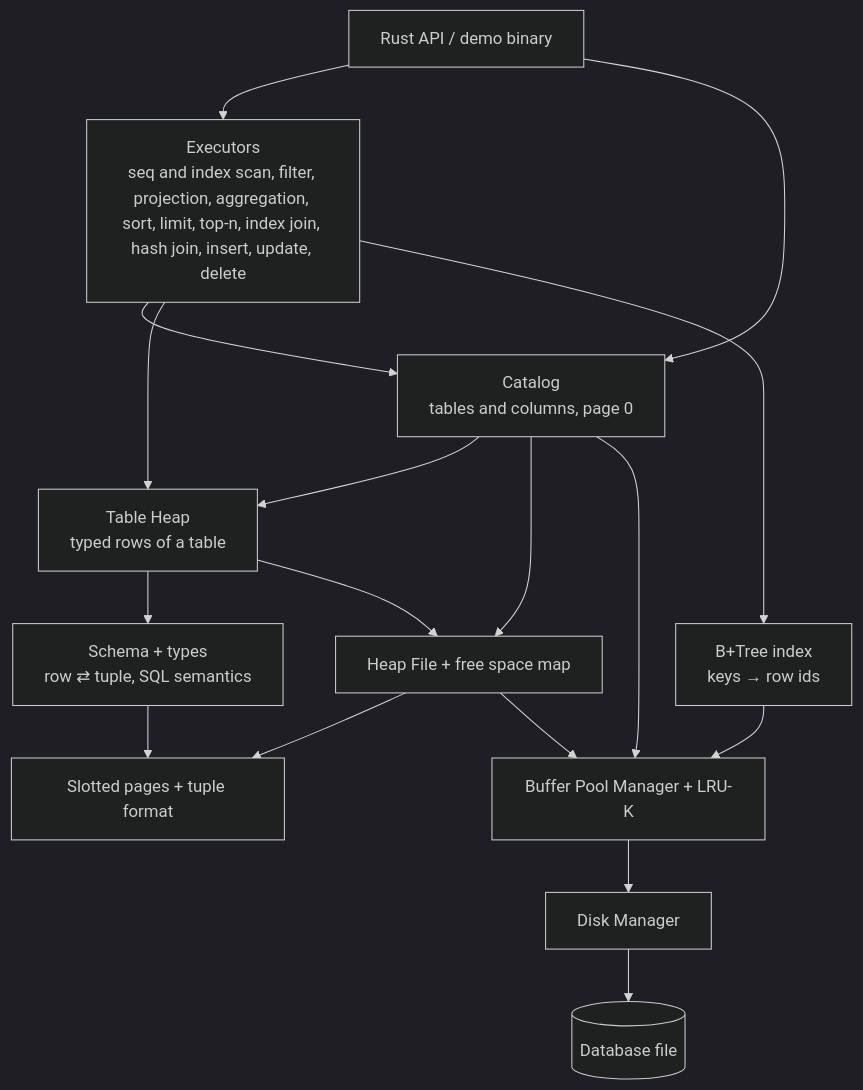
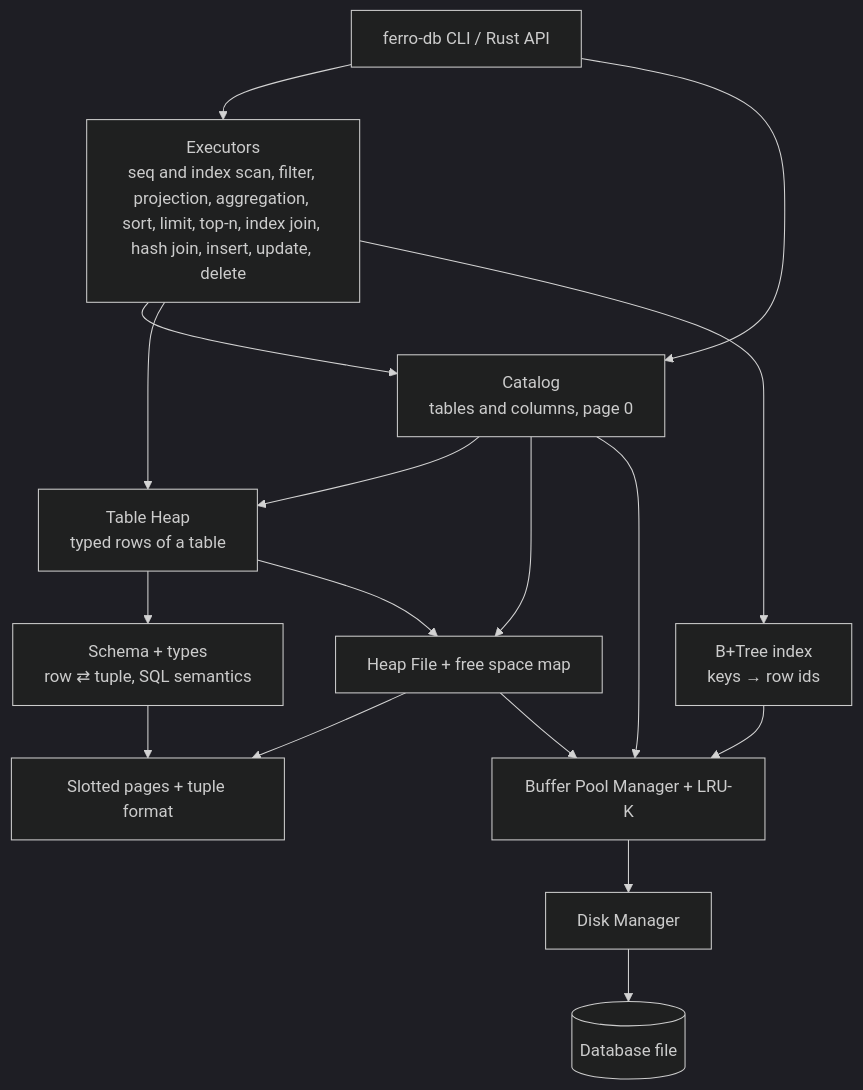
Before and after one commit to RodrigoGrz/ferro-db: the diagram in README.md, drawn with Mermaid (dark theme). The commit also changed other lines of this file and 13 other files, not shown here.

````diff
--- a/README.md
+++ b/README.md
@@ -48,31 +49,31 @@
 ```mermaid
 flowchart TD
-    app["Rust API / demo binary"]
+    app["ferro-db CLI / Rust API"]
     catalog["Catalog<br/>tables and columns, page 0"]
     tableheap["Table Heap<br/>typed rows of a table"]
     btree["B+Tree index<br/>keys → row ids"]
     exec["Executors<br/>seq and index scan, filter, projection, aggregation, sort, limit, top-n, index join, hash join, insert, update, delete"]
     schema["Schema + types<br/>row ⇄ tuple, SQL semantics"]
     heap["Heap File + free space map"]
     page["Slotted pages + tuple format"]
     bpm["Buffer Pool Manager + LRU-K"]
     disk["Disk Manager"]
     file[("Database file")]
 
     app --> exec
     exec --> catalog
     exec --> tableheap
     exec --> btree
     app --> catalog
     btree --> bpm
     catalog --> tableheap
     catalog --> heap
     tableheap --> schema
     tableheap --> heap
     schema --> page
     heap --> page
     heap --> bpm
     catalog --> bpm
     bpm --> disk
     disk --> file
 ```
````
